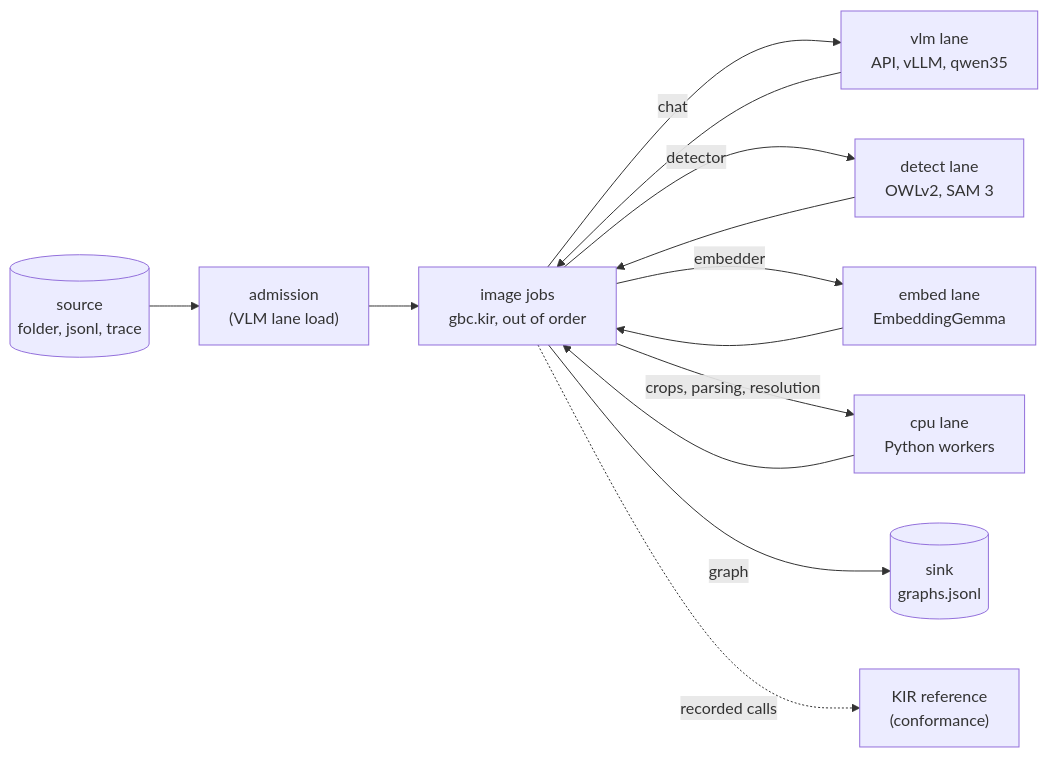
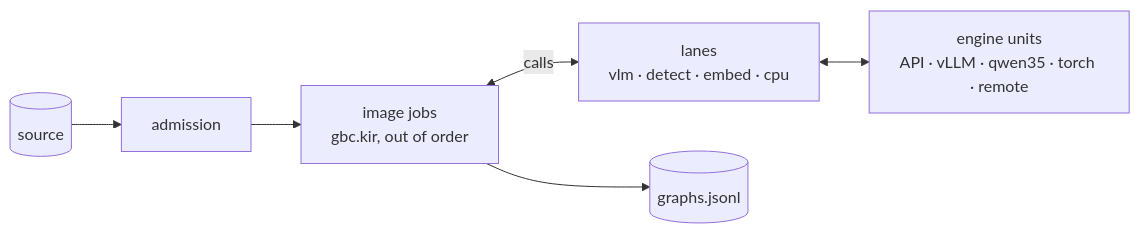
The first of 2 diagrams in README.md (KohakuBlueleaf/KohakuGBC), drawn with Mermaid before and after one commit. The commit also changed other lines of this file and 2 other files, not shown here.

First line of the commit message:
README: the machine view and sections in order

````diff
--- a/README.md
+++ b/README.md
@@ -56,15 +204,6 @@
 ```mermaid
 flowchart LR
-    src[("source<br/>folder, jsonl, trace")] --> adm["admission<br/>(VLM lane load)"]
-    adm --> jobs["image jobs<br/>gbc.kir, out of order"]
-    jobs -->|"chat"| vlm["vlm lane<br/>API, vLLM, qwen35"]
-    jobs -->|"detector"| det["detect lane<br/>OWLv2, SAM 3"]
-    jobs -->|"embedder"| emb["embed lane<br/>EmbeddingGemma"]
-    jobs -->|"crops, parsing, resolution"| cpu["cpu lane<br/>Python workers"]
-    vlm --> jobs
-    det --> jobs
-    emb --> jobs
-    cpu --> jobs
-    jobs -->|"graph"| sink[("sink<br/>graphs.jsonl")]
-    jobs -.->|"recorded calls"| ref["KIR reference<br/>(conformance)"]
+    src[("source")] --> adm["admission"] --> jobs["image jobs<br/>gbc.kir, out of order"]
+    jobs <-->|"calls"| lanes["lanes<br/>vlm · detect · embed · cpu"] <--> units["engine units<br/>API · vLLM · qwen35 · torch · remote"]
+    jobs --> sink[("graphs.jsonl")]
 ```
````
